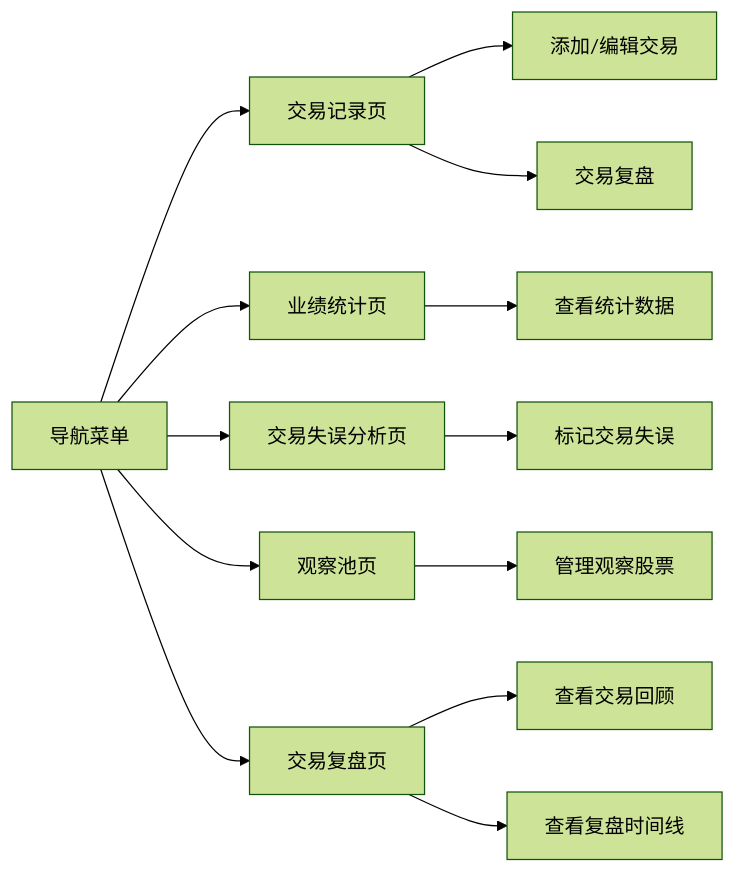
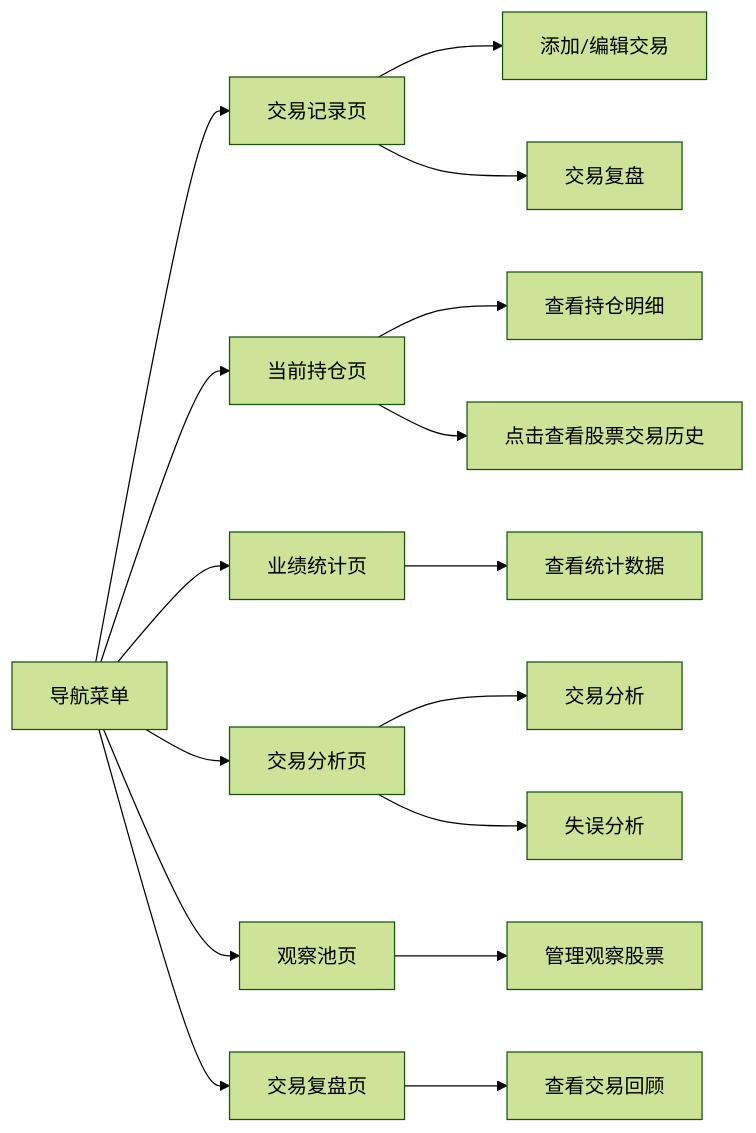
One commit to MoyeRon/stock-trading-journal changed the diagram in .trae/documents/prd.md. Above: the diagram before and after it, drawn with Mermaid (forest theme). The commit also changed other lines of this file and 1 other file, not shown here.

````diff
--- a/.trae/documents/prd.md
+++ b/.trae/documents/prd.md
@@ -35,15 +41,18 @@
 ```mermaid
 flowchart LR
     A[导航菜单] --> B[交易记录页]
-    A --> C[业绩统计页]
-    A --> D[交易失误分析页]
-    A --> E[观察池页]
-    A --> J[交易复盘页]
-    B --> F[添加/编辑交易]
-    B --> K[交易复盘]
-    C --> G[查看统计数据]
-    D --> H[标记交易失误]
-    E --> I[管理观察股票]
-    J --> L[查看交易回顾]
-    J --> M[查看复盘时间线]
+    A --> C[当前持仓页]
+    A --> D[业绩统计页]
+    A --> E[交易分析页]
+    A --> F[观察池页]
+    A --> G[交易复盘页]
+    B --> H[添加/编辑交易]
+    B --> I[交易复盘]
+    C --> J[查看持仓明细]
+    C --> K[点击查看股票交易历史]
+    D --> L[查看统计数据]
+    E --> M[交易分析]
+    E --> N[失误分析]
+    F --> O[管理观察股票]
+    G --> P[查看交易回顾]
 ```
````
